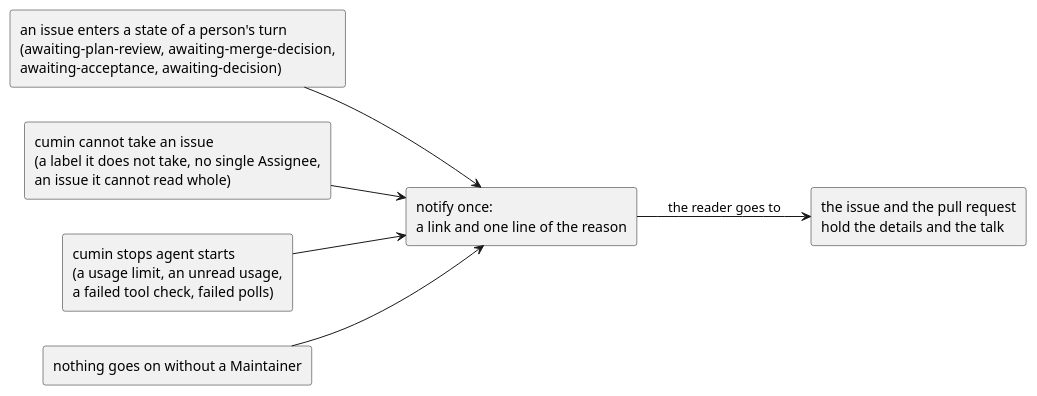
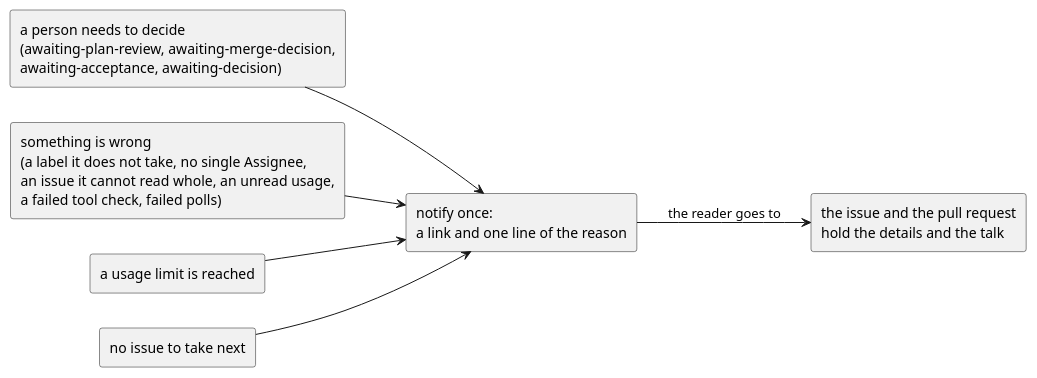
Before and after one commit to cloveclovedev/cumin-works: the diagram in docs/ja/requirements/notify/overview.puml, drawn with PlantUML. The commit also changed 17 other files, not shown here.

```diff
--- a/docs/ja/requirements/notify/overview.puml
+++ b/docs/ja/requirements/notify/overview.puml
@@ -1,21 +1,21 @@
 @startuml overview
 ' cumin-works - when cumin notifies. Each cause is notified once.
 ' Render: run scripts/render-diagrams.sh at the root of the repository.
 
 left to right direction
 
-rectangle "an issue enters a state of a person's turn\n(awaiting-plan-review, awaiting-merge-decision,\nawaiting-acceptance, awaiting-decision)" as Turn
-rectangle "cumin cannot take an issue\n(a label it does not take, no single Assignee,\nan issue it cannot read whole)" as Cannot
-rectangle "cumin stops agent starts\n(a usage limit, an unread usage,\na failed tool check, failed polls)" as Stop
-rectangle "nothing goes on without a Maintainer" as Waits
+rectangle "a person needs to decide\n(awaiting-plan-review, awaiting-merge-decision,\nawaiting-acceptance, awaiting-decision)" as Decide
+rectangle "something is wrong\n(a label it does not take, no single Assignee,\nan issue it cannot read whole, an unread usage,\na failed tool check, failed polls)" as Wrong
+rectangle "a usage limit is reached" as Limit
+rectangle "no issue to take next" as Waits
 
 rectangle "notify once:\na link and one line of the reason" as Notify
 rectangle "the issue and the pull request\nhold the details and the talk" as GitHub
 
-Turn --> Notify
-Cannot --> Notify
-Stop --> Notify
+Decide --> Notify
+Wrong --> Notify
+Limit --> Notify
 Waits --> Notify
 Notify --> GitHub : the reader goes to
 
 @enduml
```
